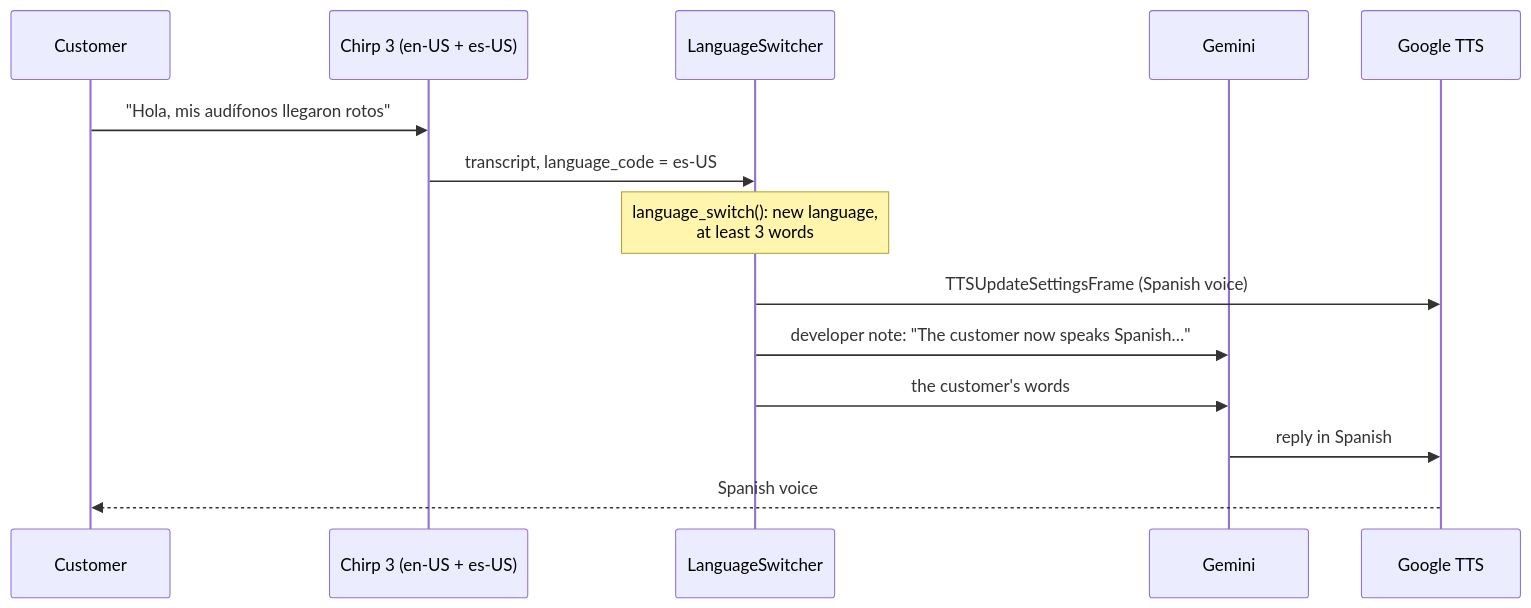
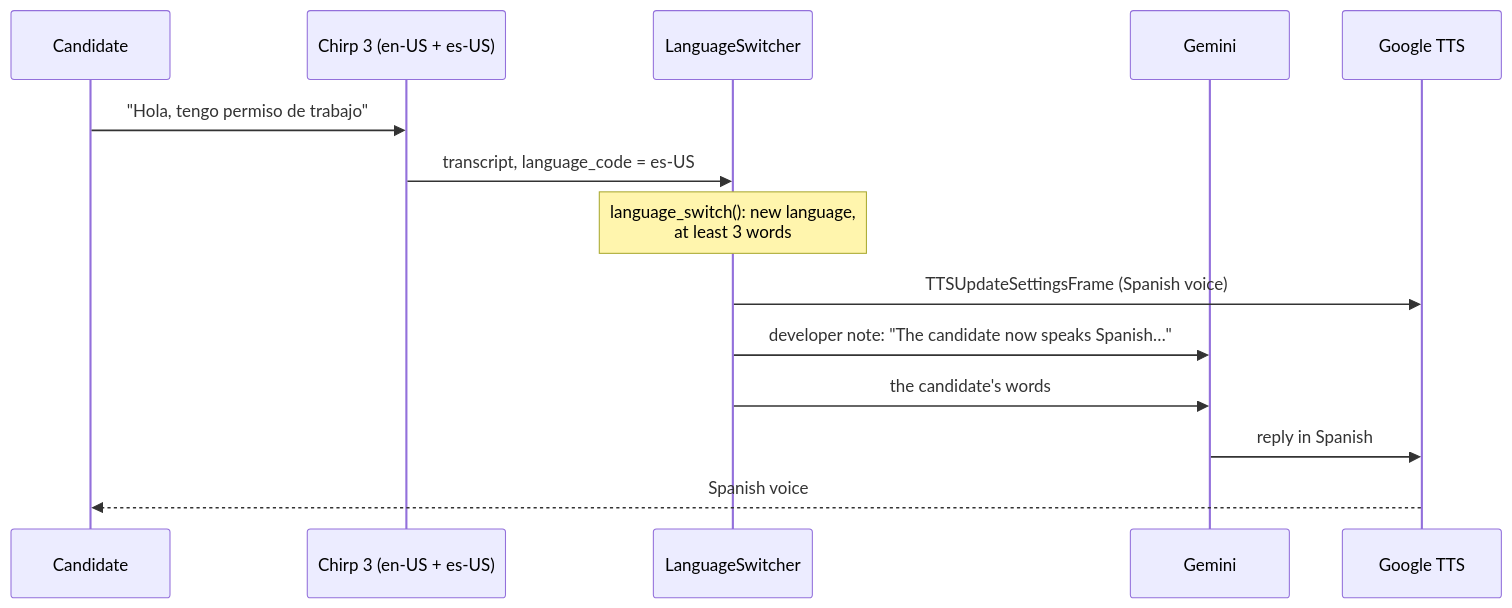
The second of 2 diagrams in docs/features/multi-language.md (aesbetancourt/voice-support-agent), drawn with Mermaid before and after one commit. The commit also changed other lines of this file and 63 other files, not shown here.

First line of the commit message:
Change the agent from customer support to candidate screening

````diff
--- a/docs/features/multi-language.md
+++ b/docs/features/multi-language.md
@@ -74,17 +77,17 @@
 ```mermaid
 sequenceDiagram
-    participant C as Customer
+    participant C as Candidate
     participant STT as Chirp 3 (en-US + es-US)
     participant S as LanguageSwitcher
     participant LLM as Gemini
     participant TTS as Google TTS
 
-    C->>STT: "Hola, mis audífonos llegaron rotos"
+    C->>STT: "Hola, tengo permiso de trabajo"
     STT->>S: transcript, language_code = es-US
     Note over S: language_switch(): new language,<br/>at least 3 words
     S->>TTS: TTSUpdateSettingsFrame (Spanish voice)
-    S->>LLM: developer note: "The customer now speaks Spanish…"
-    S->>LLM: the customer's words
+    S->>LLM: developer note: "The candidate now speaks Spanish…"
+    S->>LLM: the candidate's words
     LLM->>TTS: reply in Spanish
     TTS-->>C: Spanish voice
 ```
````
